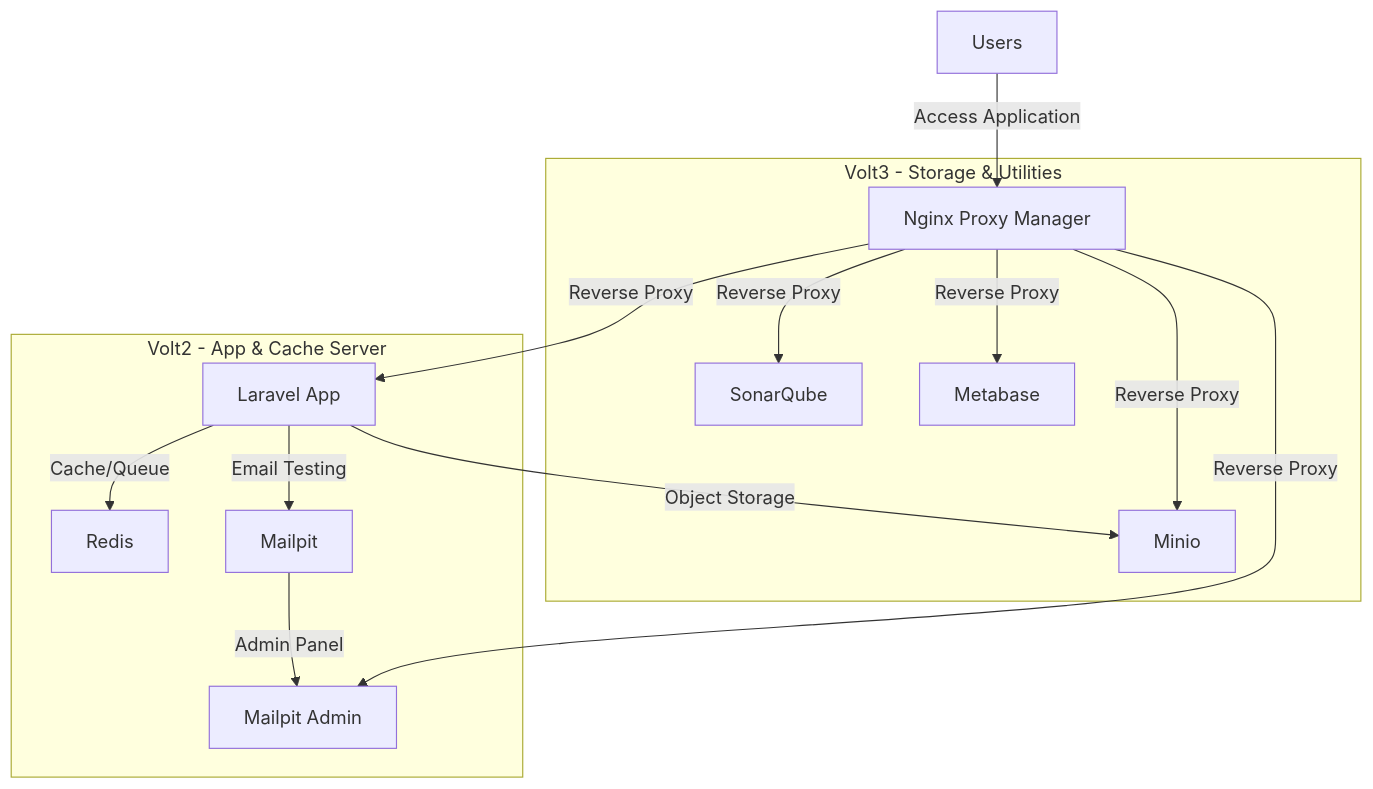
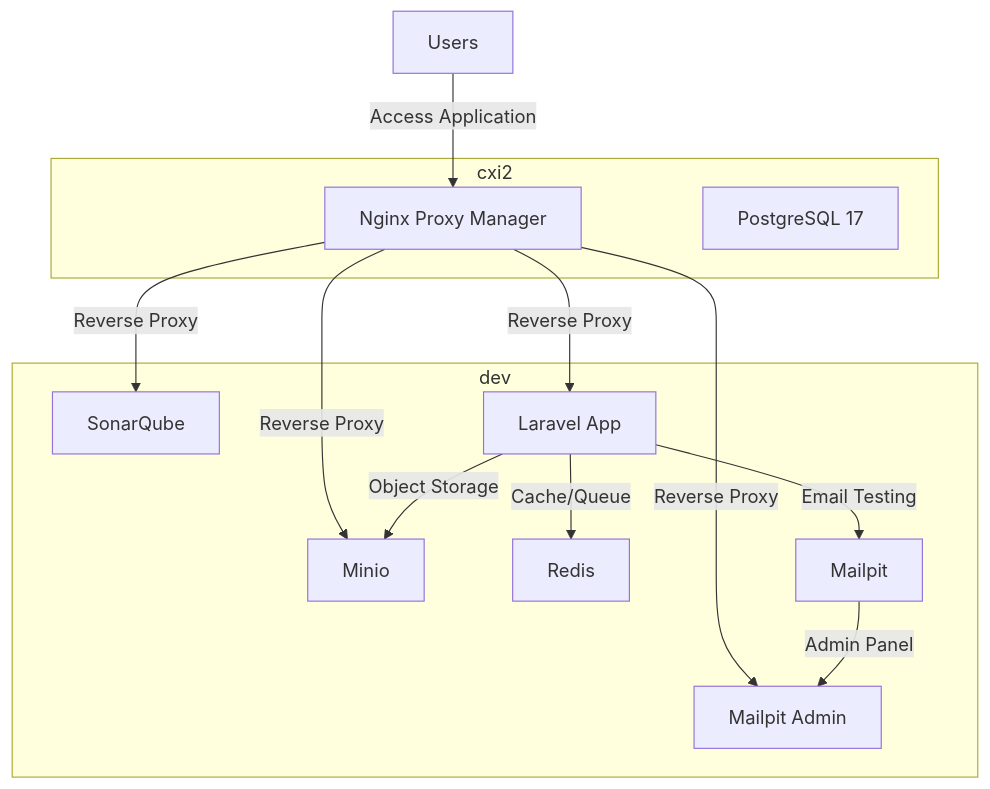
One commit to ramaID/news-portal changed the diagram in README.md. Above: the diagram before and after it, drawn with Mermaid. The commit also changed other lines of this file and 2 other files, not shown here.

````diff
--- a/README.md
+++ b/README.md
@@ -27,35 +32,34 @@
 ```mermaid
 flowchart TD
   USER[Users]
 
-  subgraph SERVER2 [Volt2 - App & Cache Server]
+  subgraph cxi2
+    PROXY[Nginx Proxy Manager]
+    PGSQL17[PostgreSQL 17]
+  end
+
+  subgraph dev
+    MINIO[Minio]
+    SONARQUBE[SonarQube]
     LARAVEL[Laravel App]
     REDIS[Redis]
     MAILPIT[Mailpit]
     MAILPITA[Mailpit Admin]
   end
 
-  subgraph SERVER3 [Volt3 - Storage & Utilities]
-    MINIO[Minio]
-    SONARQUBE[SonarQube]
-    PROXY[Nginx Proxy Manager]
-    METABASE[Metabase]
-  end
-
   PROXY -- "Reverse Proxy" --> MINIO
   PROXY -- "Reverse Proxy" --> LARAVEL
   PROXY -- "Reverse Proxy" --> SONARQUBE
   PROXY -- "Reverse Proxy" --> MAILPITA
-  PROXY -- "Reverse Proxy" --> METABASE
 
   USER -- "Access Application" --> PROXY
   LARAVEL -- "Cache/Queue" --> REDIS
   LARAVEL -- "Object Storage" --> MINIO
   LARAVEL -- "Email Testing" --> MAILPIT
 
   MAILPIT -- "Admin Panel" --> MAILPITA
 
   %% SONARQUBE -- "DB Connection" --> PGSQL17
   %% METABASE -- "DB Connection" --> PGSQL17
   %% LARAVEL -- "DB Connection" --> PGSQL17
 ```
````
